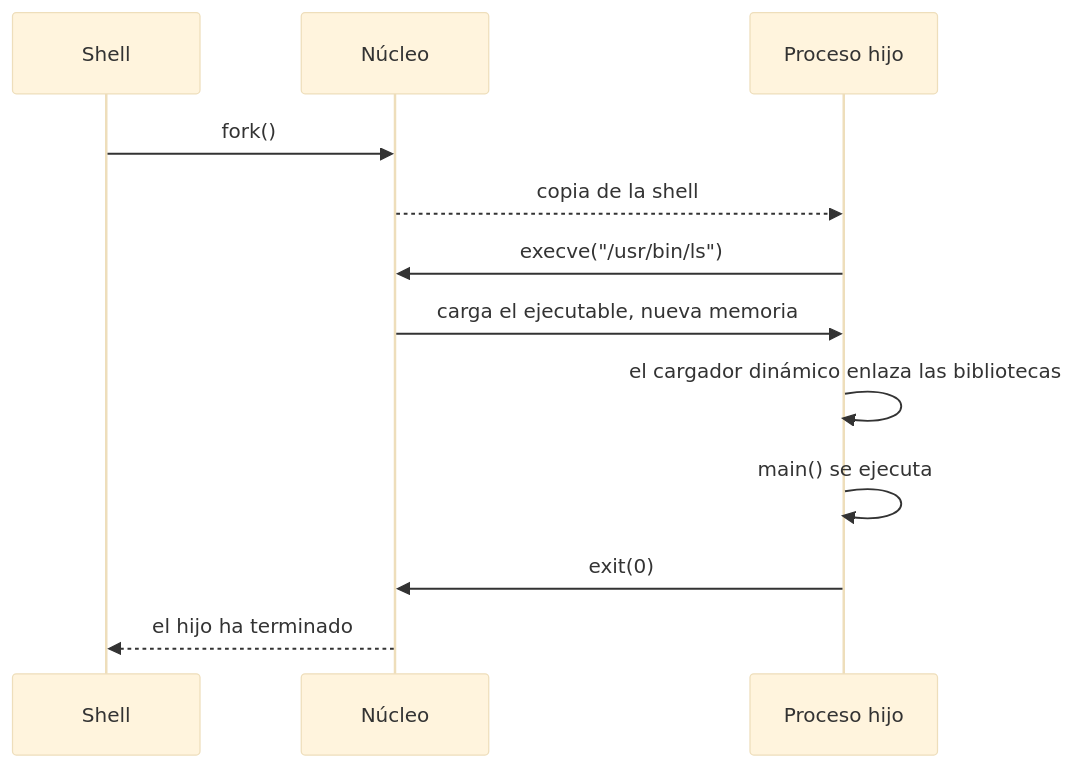
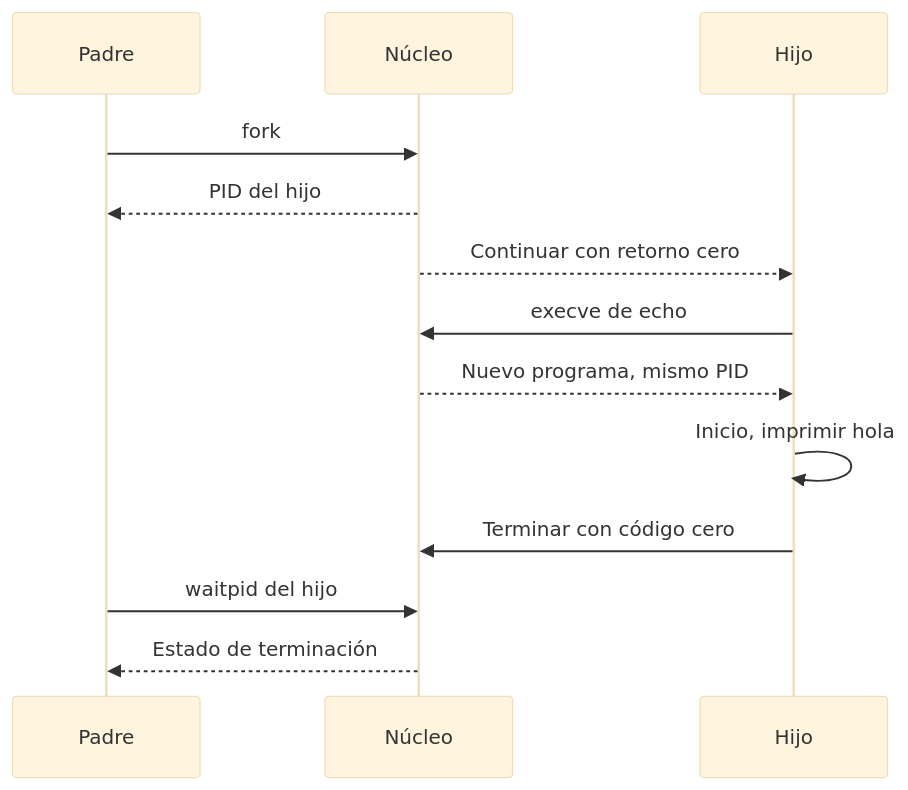
The diagram in src/content/es/articles/del-ejecutable-al-proceso.mdx (nbfrodri/devly), drawn with Mermaid (base theme) before and after one commit. The commit also changed other lines of this file and 142 other files, not shown here.

````diff
--- a/src/content/es/articles/del-ejecutable-al-proceso.mdx
+++ b/src/content/es/articles/del-ejecutable-al-proceso.mdx
@@ -28,14 +125,15 @@
 ```mermaid
 sequenceDiagram
-	participant S as Shell
+	participant P as Padre
 	participant K as Núcleo
-	participant H as Proceso hijo
-	S->>K: fork()
-	K-->>H: copia de la shell
-	H->>K: execve("/usr/bin/ls")
-	K->>H: carga el ejecutable, nueva memoria
-	H->>H: el cargador dinámico enlaza las bibliotecas
-	H->>H: main() se ejecuta
-	H->>K: exit(0)
-	K-->>S: el hijo ha terminado
+	participant H as Hijo
+	P->>K: fork
+	K-->>P: PID del hijo
+	K-->>H: Continuar con retorno cero
+	H->>K: execve de echo
+	K-->>H: Nuevo programa, mismo PID
+	H->>H: Inicio, imprimir hola
+	H->>K: Terminar con código cero
+	P->>K: waitpid del hijo
+	K-->>P: Estado de terminación
 ```
````
